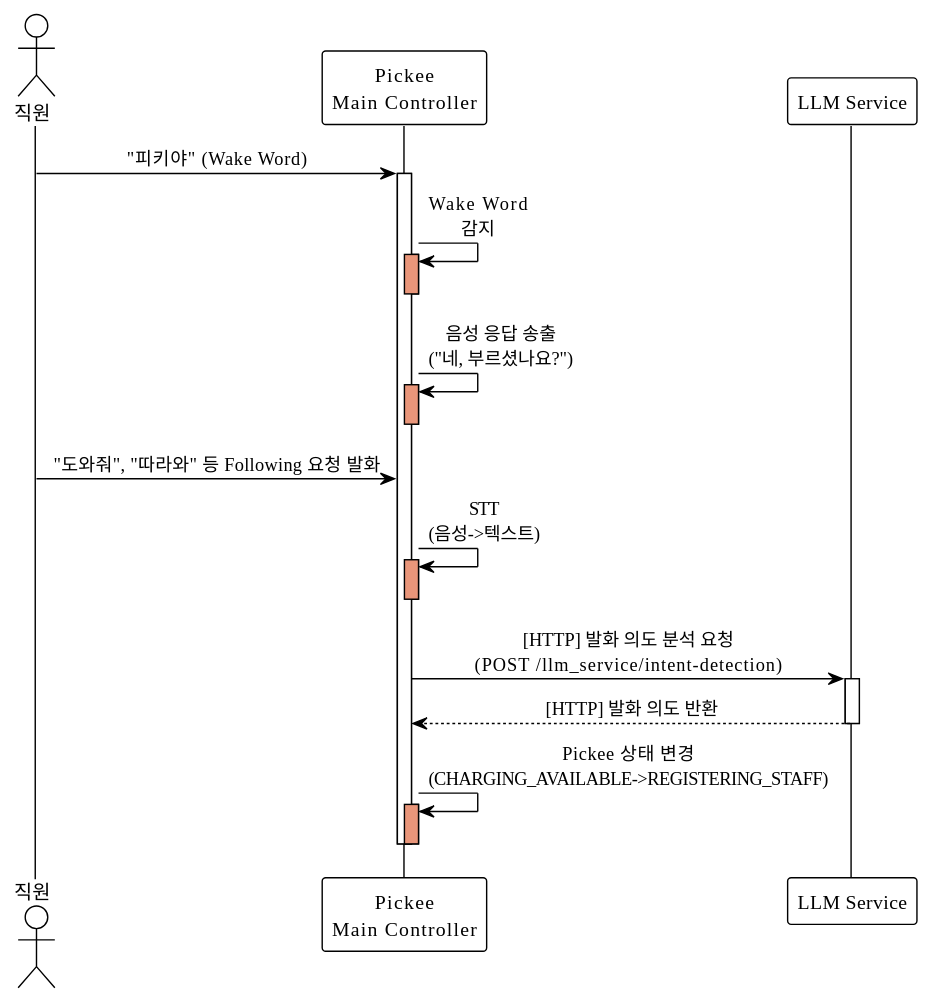
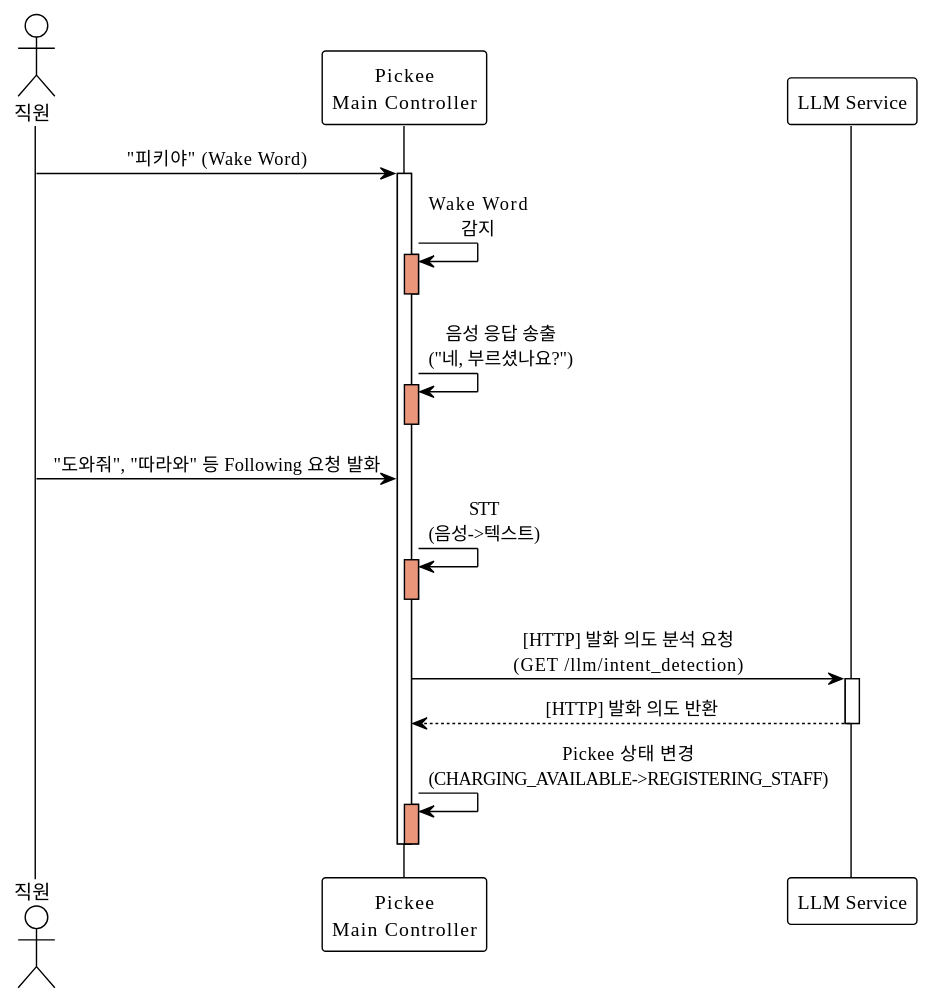
The diagram in docs/SequenceDiagram/SC_06_1.md (addinedu-roscamp-7th/roscamp-repo-1), drawn with PlantUML before and after one commit. The commit also changed 11 other files, not shown here.

Commit message:
[Docs/Shopee Main Service] LLM 관련 인터페이스 수정

```diff
--- a/docs/SequenceDiagram/SC_06_1.md
+++ b/docs/SequenceDiagram/SC_06_1.md
@@ -1,38 +1,38 @@
 @startuml SC_06_1
 !theme plain
 skinparam backgroundColor #FFFFFF
 skinparam sequenceMessageAlign center
 
 actor "직원" as user
 participant "Pickee\nMain Controller" as pickee_main
 participant "LLM Service" as llm
 
 user -> pickee_main: "피키야" (Wake Word)
 activate pickee_main
 
 pickee_main -> pickee_main: Wake Word\n감지
 activate pickee_main #DarkSalmon
 deactivate pickee_main
 
 pickee_main -> pickee_main: 음성 응답 송출\n("네, 부르셨나요?")
 activate pickee_main #DarkSalmon
 deactivate pickee_main
 
 user -> pickee_main: "도와줘", "따라와" 등 Following 요청 발화
 
 pickee_main -> pickee_main: STT\n(음성->텍스트)
 activate pickee_main #DarkSalmon
 deactivate pickee_main
 
-pickee_main -> llm: [HTTP] 발화 의도 분석 요청\n(POST /llm_service/intent-detection)
+pickee_main -> llm: [HTTP] 발화 의도 분석 요청\n(GET /llm/intent_detection)
 activate llm
 
 llm --> pickee_main: [HTTP] 발화 의도 반환
 deactivate llm
 
 pickee_main -> pickee_main: Pickee 상태 변경\n(CHARGING_AVAILABLE->REGISTERING_STAFF)
 activate pickee_main #DarkSalmon
 deactivate pickee_main
 deactivate pickee_main
 
 @enduml
```
